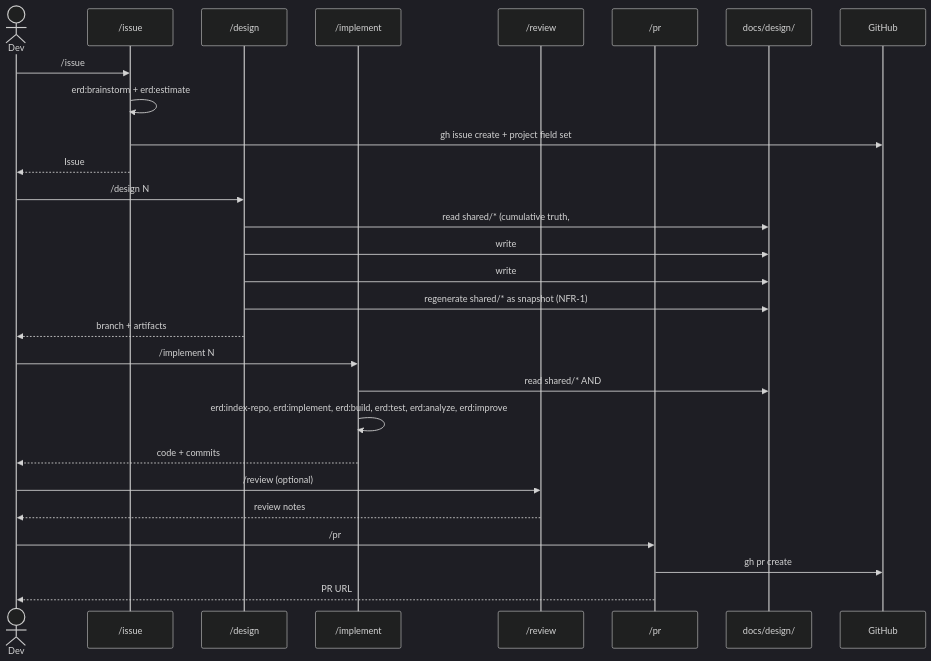
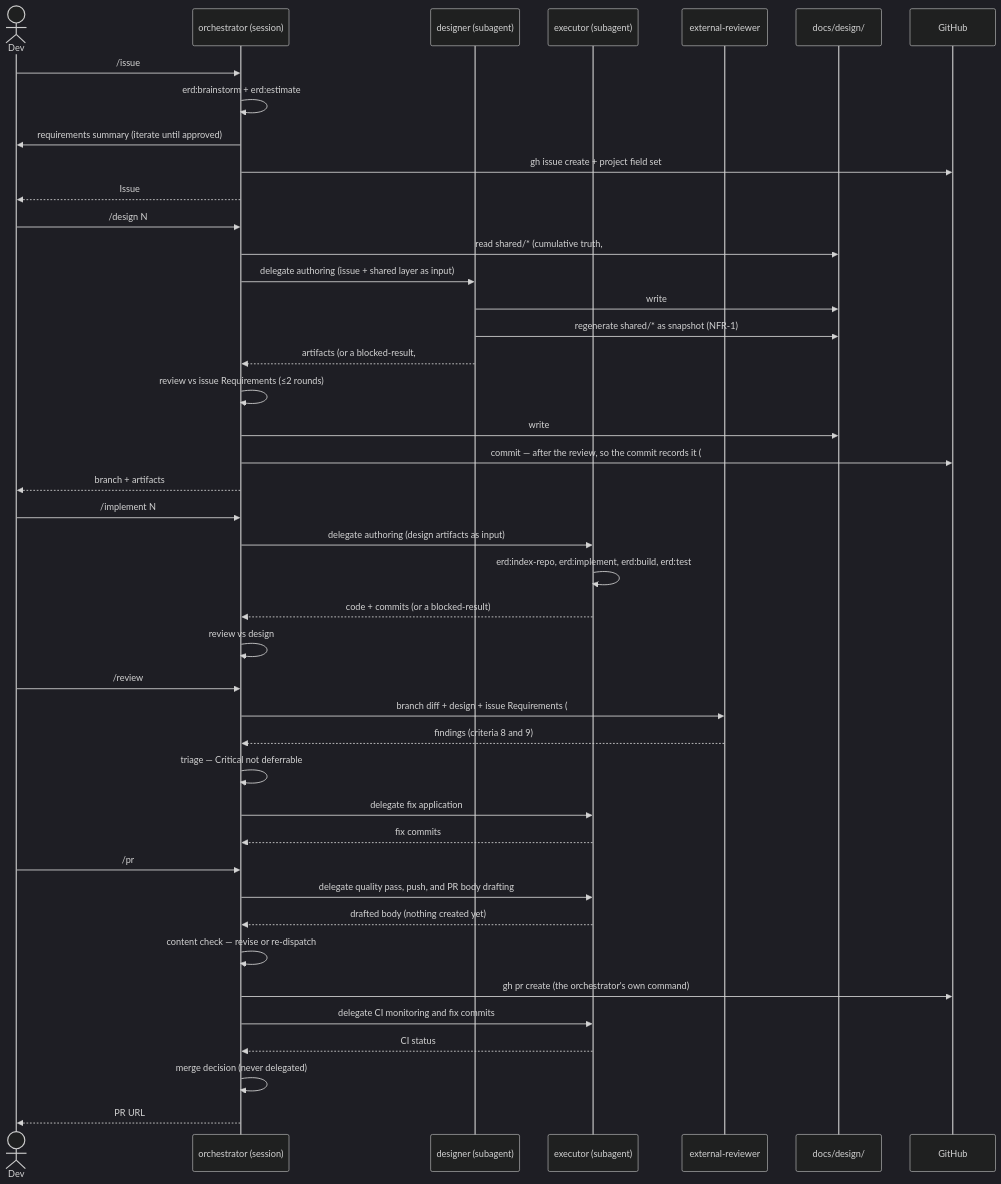
Before and after one commit to TE-ToshiakiTanaka2/tarnished: the fourth of 15 diagrams in docs/design/shared/sequence.md, drawn with Mermaid (dark theme). The commit also changed other lines of this file and 62 other files, not shown here.

````diff
--- a/docs/design/shared/sequence.md
+++ b/docs/design/shared/sequence.md
@@ -144,35 +146,50 @@
 ```mermaid
 sequenceDiagram
     actor Dev
-    participant Issue as /issue
-    participant Design as /design
-    participant Implement as /implement
-    participant Review as /review
-    participant PR as /pr
+    participant O as orchestrator (session)
+    participant Dsg as designer (subagent)
+    participant Exe as executor (subagent)
+    participant XR as external-reviewer
     participant Docs as docs/design/
     participant GH as GitHub
 
-    Dev->>Issue: /issue
-    Issue->>Issue: erd:brainstorm + erd:estimate
-    Issue->>GH: gh issue create + project field set
-    Issue-->>Dev: Issue #N
+    Dev->>O: /issue
+    O->>O: erd:brainstorm + erd:estimate
+    O->>Dev: requirements summary (iterate until approved)
+    O->>GH: gh issue create + project field set
+    O-->>Dev: Issue #N
 
-    Dev->>Design: /design N
-    Design->>Docs: read shared/* (cumulative truth, #257)
-    Design->>Docs: write #N/design.md (delta, self-contained)
-    Design->>Docs: write #N/api-spec.md, #N/workflow.md, #N/flowchart.md as applicable
-    Design->>Docs: regenerate shared/* as snapshot (NFR-1)
-    Design-->>Dev: branch + artifacts
+    Dev->>O: /design N
+    O->>Docs: read shared/* (cumulative truth, #257)
+    O->>Dsg: delegate authoring (issue + shared layer as input)
+    Dsg->>Docs: write #N/design.md, api-spec.md, workflow.md, diagrams
+    Dsg->>Docs: regenerate shared/* as snapshot (NFR-1)
+    Dsg-->>O: artifacts (or a blocked-result, #312)
+    O->>O: review vs issue Requirements (≤2 rounds)
+    O->>Docs: write #N/orchestrator-review.md
+    O->>GH: commit — after the review, so the commit records it (#312)
+    O-->>Dev: branch + artifacts
 
-    Dev->>Implement: /implement N
-    Implement->>Docs: read shared/* AND #N/* (constant cost wrt issue count, #257)
-    Implement->>Implement: erd:index-repo, erd:implement, erd:build, erd:test, erd:analyze, erd:improve
-    Implement-->>Dev: code + commits
+    Dev->>O: /implement N
+    O->>Exe: delegate authoring (design artifacts as input)
+    Exe->>Exe: erd:index-repo, erd:implement, erd:build, erd:test
+    Exe-->>O: code + commits (or a blocked-result)
+    O->>O: review vs design
 
-    Dev->>Review: /review (optional)
-    Review-->>Dev: review notes
+    Dev->>O: /review
+    O->>XR: branch diff + design + issue Requirements (#312)
+    XR-->>O: findings (criteria 8 and 9)
+    O->>O: triage — Critical not deferrable
+    O->>Exe: delegate fix application
+    Exe-->>O: fix commits
 
-    Dev->>PR: /pr
-    PR->>GH: gh pr create
-    PR-->>Dev: PR URL
+    Dev->>O: /pr
+    O->>Exe: delegate quality pass, push, and PR body drafting
+    Exe-->>O: drafted body (nothing created yet)
+    O->>O: content check — revise or re-dispatch
+    O->>GH: gh pr create (the orchestrator's own command)
+    O->>Exe: delegate CI monitoring and fix commits
+    Exe-->>O: CI status
+    O->>O: merge decision (never delegated)
+    O-->>Dev: PR URL
 ```
````
